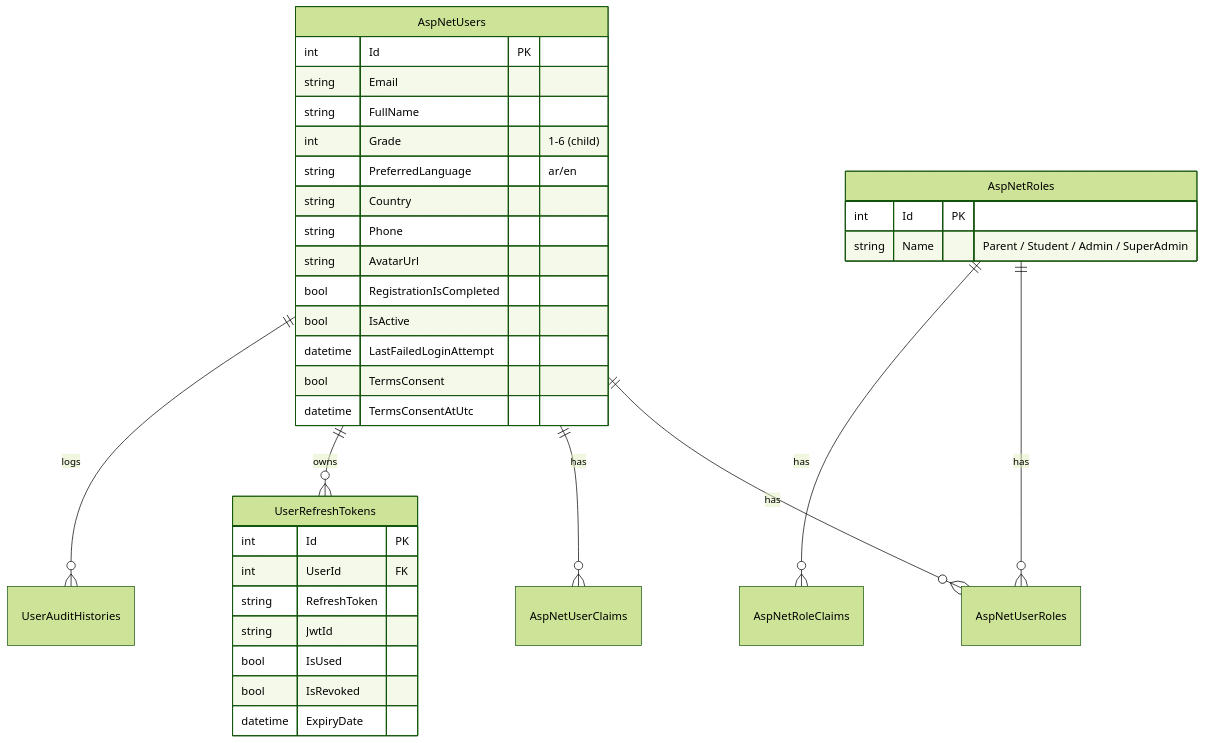
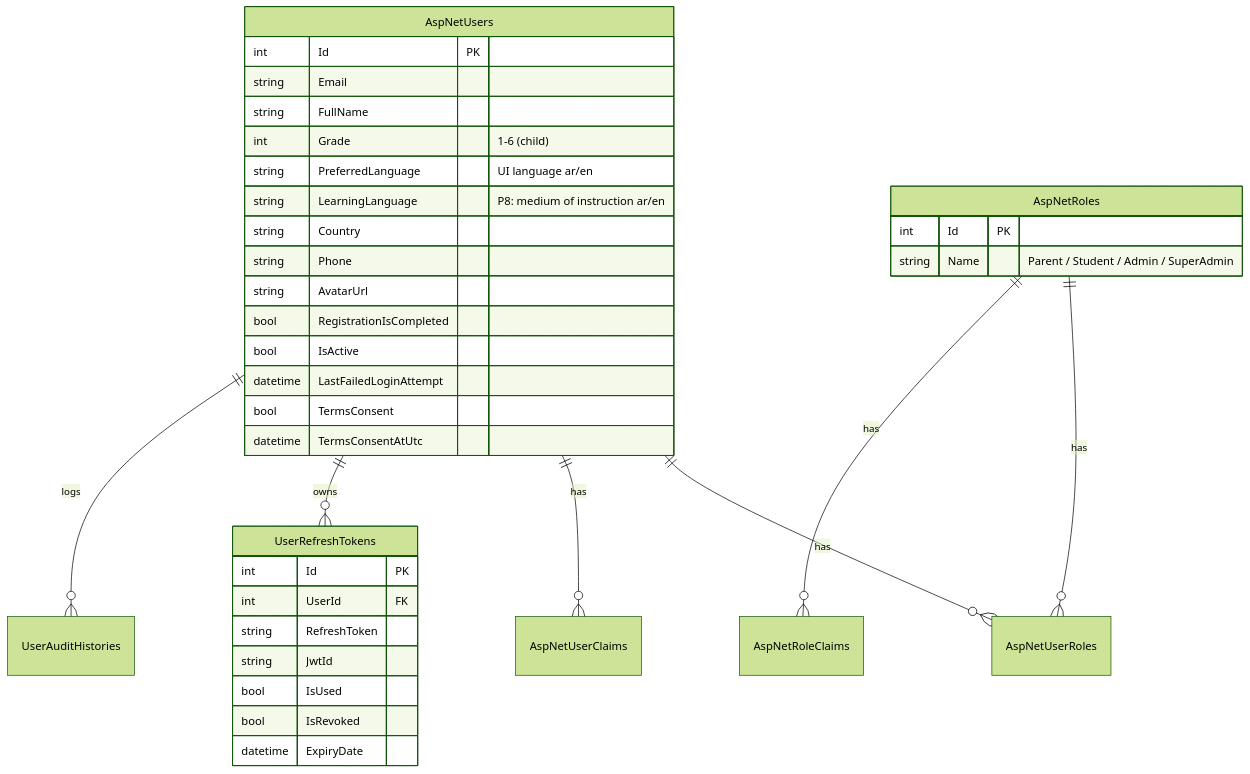
One commit to ahmedelbaradey/Learnexia changed the second of 10 diagrams in docs/architecture/backend-architecture.md. Above: the diagram before and after it, drawn with Mermaid (forest theme). The commit also changed other lines of this file and 11 other files, not shown here.

First line of the commit message:
docs(architecture): sync the architecture doc set with merged Phase 8 + hardening

````diff
--- a/docs/architecture/backend-architecture.md
+++ b/docs/architecture/backend-architecture.md
@@ -185,38 +205,39 @@
 ```mermaid
 erDiagram
     AspNetUsers ||--o{ AspNetUserRoles : has
     AspNetRoles ||--o{ AspNetUserRoles : has
     AspNetUsers ||--o{ AspNetUserClaims : has
     AspNetRoles ||--o{ AspNetRoleClaims : has
     AspNetUsers ||--o{ UserRefreshTokens : owns
     AspNetUsers ||--o{ UserAuditHistories : logs
 
     AspNetUsers {
         int Id PK
         string Email
         string FullName
         int Grade "1-6 (child)"
-        string PreferredLanguage "ar/en"
+        string PreferredLanguage "UI language ar/en"
+        string LearningLanguage "P8: medium of instruction ar/en"
         string Country
         string Phone
         string AvatarUrl
         bool RegistrationIsCompleted
         bool IsActive
         datetime LastFailedLoginAttempt
         bool TermsConsent
         datetime TermsConsentAtUtc
     }
     AspNetRoles {
         int Id PK
         string Name "Parent / Student / Admin / SuperAdmin"
     }
     UserRefreshTokens {
         int Id PK
         int UserId FK
         string RefreshToken
         string JwtId
         bool IsUsed
         bool IsRevoked
         datetime ExpiryDate
     }
 ```
````
